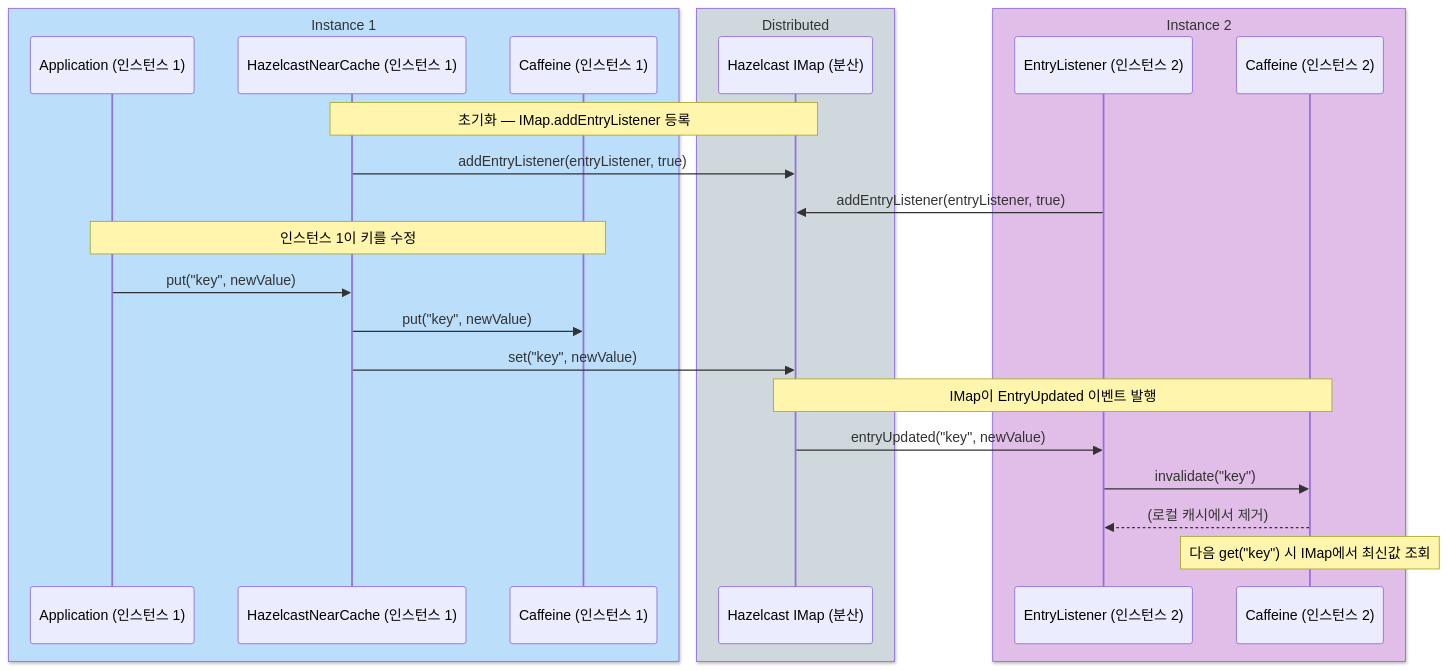
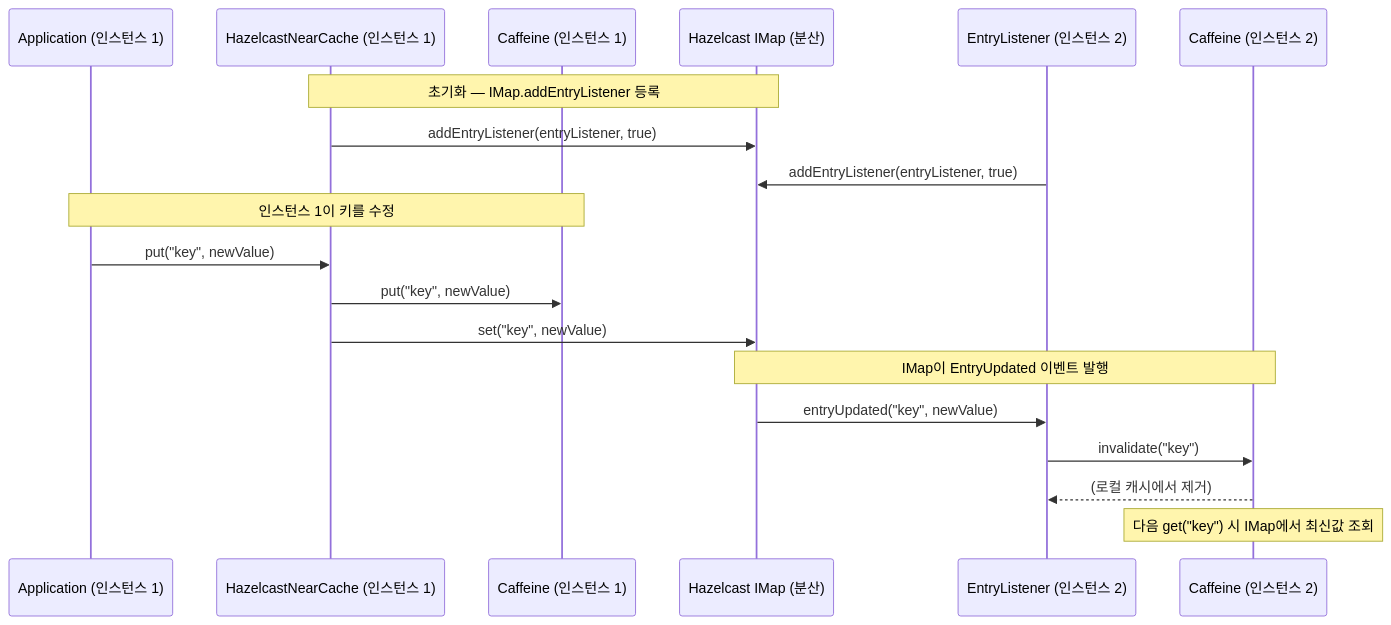
The third of 3 diagrams in infra/cache-hazelcast/README.ko.md (bluetape4k/bluetape4k-projects), drawn with Mermaid before and after one commit. The commit also changed other lines of this file and 219 other files, not shown here.

First line of the commit message:
docs: 전체 README Mermaid 다이어그램 가이드 적용

````diff
--- a/infra/cache-hazelcast/README.ko.md
+++ b/infra/cache-hazelcast/README.ko.md
@@ -259,27 +259,21 @@
 ```mermaid
 sequenceDiagram
-    box rgb(187,222,251) Instance 1
     participant App1 as Application (인스턴스 1)
     participant NC1 as HazelcastNearCache (인스턴스 1)
     participant Front1 as Caffeine (인스턴스 1)
-    end
-    box rgb(207,216,220) Distributed
     participant IMap as Hazelcast IMap (분산)
-    end
-    box rgb(225,190,231) Instance 2
     participant Listener2 as EntryListener (인스턴스 2)
     participant Front2 as Caffeine (인스턴스 2)
-    end
     Note over NC1, IMap: 초기화 — IMap.addEntryListener 등록
     NC1 ->> IMap: addEntryListener(entryListener, true)
     Listener2 ->> IMap: addEntryListener(entryListener, true)
     Note over App1, Front1: 인스턴스 1이 키를 수정
     App1 ->> NC1: put("key", newValue)
     NC1 ->> Front1: put("key", newValue)
     NC1 ->> IMap: set("key", newValue)
     Note over IMap, Front2: IMap이 EntryUpdated 이벤트 발행
     IMap ->> Listener2: entryUpdated("key", newValue)
     Listener2 ->> Front2: invalidate("key")
     Front2 -->> Listener2: (로컬 캐시에서 제거)
     Note over Front2: 다음 get("key") 시 IMap에서 최신값 조회
 ```
````
